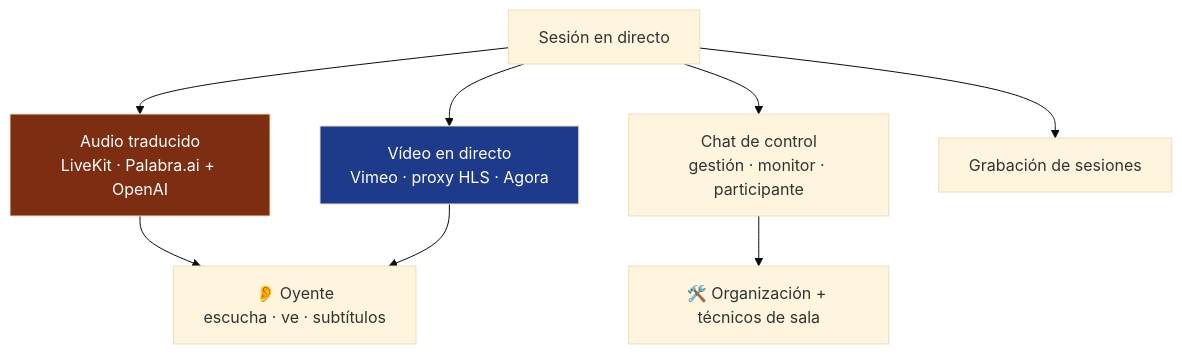
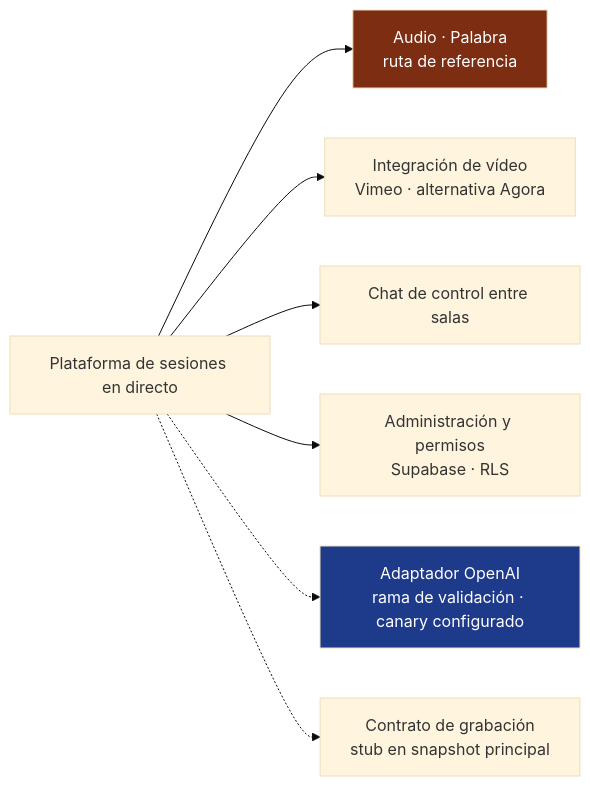
Before and after one commit to aleglope/production-systems-case-studies: the second of 2 diagrams in projects/audionow.es.md, drawn with Mermaid (base theme). The commit also changed other lines of this file and 25 other files, not shown here.

````diff
--- a/projects/audionow.es.md
+++ b/projects/audionow.es.md
@@ -50,13 +53,12 @@
 ```mermaid
-flowchart TB
-    EV["Sesión en directo"] --> AUD["Audio traducido<br/>LiveKit · Palabra.ai + OpenAI"]
-    EV --> VID["Vídeo en directo<br/>Vimeo · proxy HLS · Agora"]
-    EV --> CHAT["Chat de control<br/>gestión · monitor · participante"]
-    EV --> REC["Grabación de sesiones"]
-    AUD --> LIST["👂 Oyente<br/>escucha · ve · subtítulos"]
-    VID --> LIST
-    CHAT --> ORG["🛠️ Organización + técnicos de sala"]
+flowchart LR
+    EV["Plataforma de sesiones en directo"] --> AUD["Audio · Palabra<br/>ruta de referencia"]
+    EV --> VID["Integración de vídeo<br/>Vimeo · alternativa Agora"]
+    EV --> CHAT["Chat de control entre salas"]
+    EV --> PERM["Administración y permisos<br/>Supabase · RLS"]
+    EV -.-> OAI["Adaptador OpenAI<br/>rama de validación · canary configurado"]
+    EV -.-> REC["Contrato de grabación<br/>stub en snapshot principal"]
 
     style AUD fill:#7c2d12,color:#fff
-    style VID fill:#1e3a8a,color:#fff
+    style OAI fill:#1e3a8a,color:#fff
 ```
````
